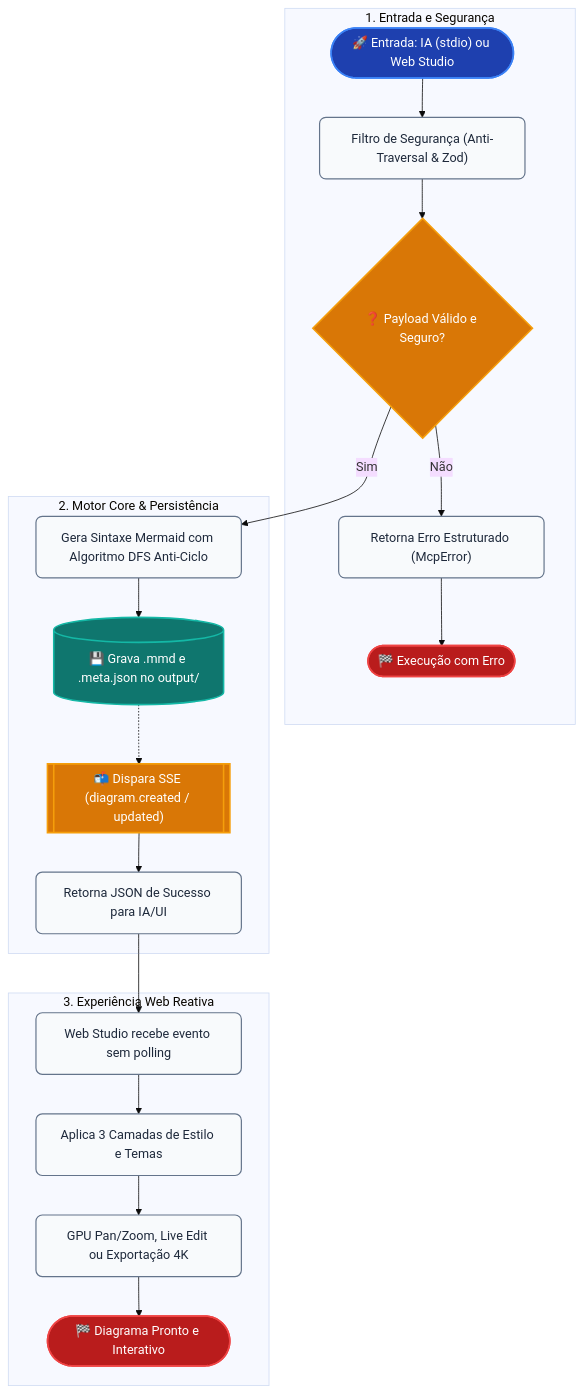
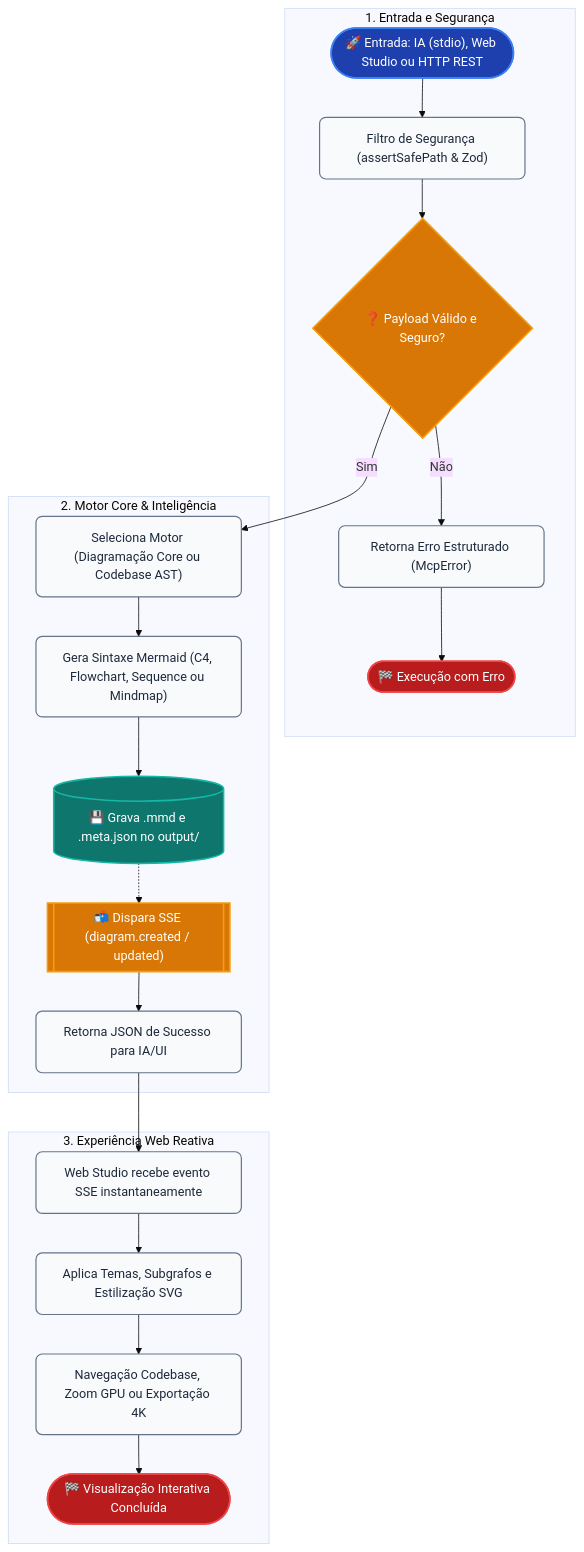
Before and after one commit to 70gurupia/archview: the diagram in output/self-doc-flowchart.mmd, drawn with Mermaid (base theme). The commit also changed 13 other files, not shown here.

```diff
--- a/output/self-doc-flowchart.mmd
+++ b/output/self-doc-flowchart.mmd
@@ -1,48 +1,50 @@
 flowchart TB
   subgraph sg_1[" 1. Entrada e Segurança "]
-    input_source(["🚀 Entrada: IA (stdio) ou Web Studio"])
-    sec_filter["Filtro de Segurança (Anti-Traversal & Zod)"]
+    input_source(["🚀 Entrada: IA (stdio), Web Studio ou HTTP REST"])
+    sec_filter["Filtro de Segurança (assertSafePath & Zod)"]
     valid_gate{"❓ Payload Válido e Seguro?"}
     error_block["Retorna Erro Estruturado (McpError)"]
     end_error(["🏁 Execução com Erro"])
   end
 
-  subgraph sg_2[" 2. Motor Core & Persistência "]
-    build_mermaid["Gera Sintaxe Mermaid com Algoritmo DFS Anti-Ciclo"]
+  subgraph sg_2[" 2. Motor Core & Inteligência "]
+    select_engine["Seleciona Motor (Diagramação Core ou Codebase AST)"]
+    build_mermaid["Gera Sintaxe Mermaid (C4, Flowchart, Sequence ou Mindmap)"]
     write_meta[("💾 Grava .mmd e .meta.json no output/")]
     sse_emit[["📬 Dispara SSE (diagram.created / updated)"]]
     resp_client["Retorna JSON de Sucesso para IA/UI"]
   end
 
   subgraph sg_3[" 3. Experiência Web Reativa "]
-    fe_catch["Web Studio recebe evento sem polling"]
-    apply_themes["Aplica 3 Camadas de Estilo e Temas"]
-    user_actions["GPU Pan/Zoom, Live Edit ou Exportação 4K"]
-    end_done(["🏁 Diagrama Pronto e Interativo"])
+    fe_catch["Web Studio recebe evento SSE instantaneamente"]
+    apply_themes["Aplica Temas, Subgrafos e Estilização SVG"]
+    user_actions["Navegação Codebase, Zoom GPU ou Exportação 4K"]
+    end_done(["🏁 Visualização Interativa Concluída"])
   end
 
   input_source --> sec_filter
   sec_filter --> valid_gate
-  valid_gate -- "Sim" --> build_mermaid
+  valid_gate -- "Sim" --> select_engine
   valid_gate -- "Não" --> error_block
   error_block --> end_error
+  select_engine --> build_mermaid
   build_mermaid --> write_meta
   write_meta -.-> sse_emit
   sse_emit --> resp_client
   resp_client --> fe_catch
   fe_catch --> apply_themes
   apply_themes --> user_actions
   user_actions --> end_done
 
   classDef default fill:#F8FAFC,stroke:#64748B,stroke-width:1.5px,color:#1E293B,rx:8px,ry:8px;
   classDef primary fill:#1E40AF,stroke:#3B82F6,stroke-width:2px,color:#FFFFFF,rx:8px,ry:8px;
   classDef success fill:#0F766E,stroke:#14B8A6,stroke-width:2px,color:#FFFFFF,rx:8px,ry:8px;
   classDef accent fill:#3730A3,stroke:#818CF8,stroke-width:2px,color:#FFFFFF,rx:8px,ry:8px;
   classDef warning fill:#D97706,stroke:#F59E0B,stroke-width:2px,color:#FFFFFF,rx:8px,ry:8px;
   classDef danger fill:#B91C1C,stroke:#EF4444,stroke-width:2px,color:#FFFFFF,rx:8px,ry:8px;
   class input_source primary;
   class valid_gate warning;
   class end_error danger;
   class write_meta success;
   class sse_emit warning;
   class end_done danger;
```
